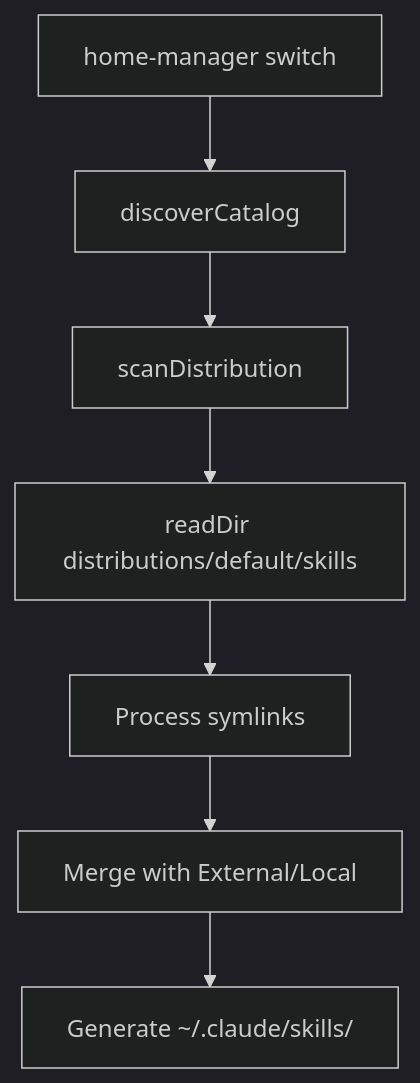
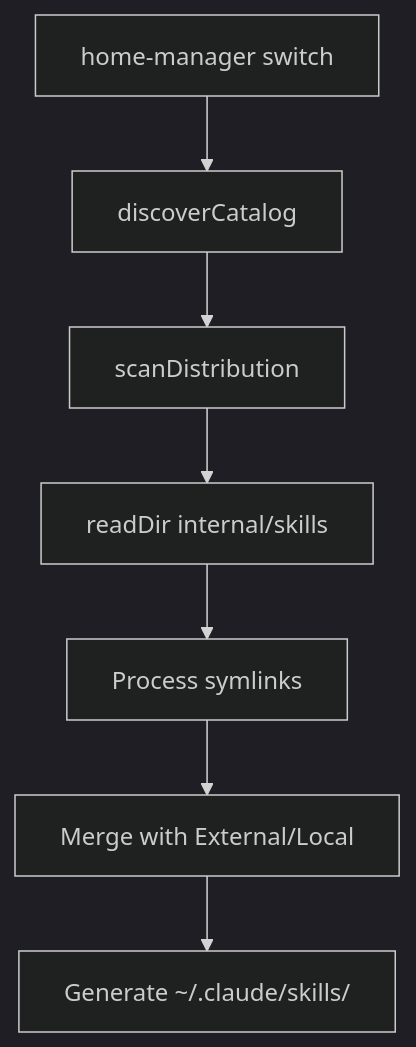
Before and after one commit to jey3dayo/dotfiles: the diagram in agents/internal/skills/distributions-manager/references/architecture.md, drawn with Mermaid (dark theme). The commit also changed other lines of this file and 10 other files, not shown here.

````diff
--- a/agents/internal/skills/distributions-manager/references/architecture.md
+++ b/agents/internal/skills/distributions-manager/references/architecture.md
@@ -195,9 +195,9 @@
 ```mermaid
 graph TD
     A[home-manager switch] --> B[discoverCatalog]
     B --> C[scanDistribution]
-    C --> D[readDir distributions/default/skills]
+    C --> D[readDir internal/skills]
     D --> E[Process symlinks]
     E --> F[Merge with External/Local]
     F --> G[Generate ~/.claude/skills/]
 ```
````
